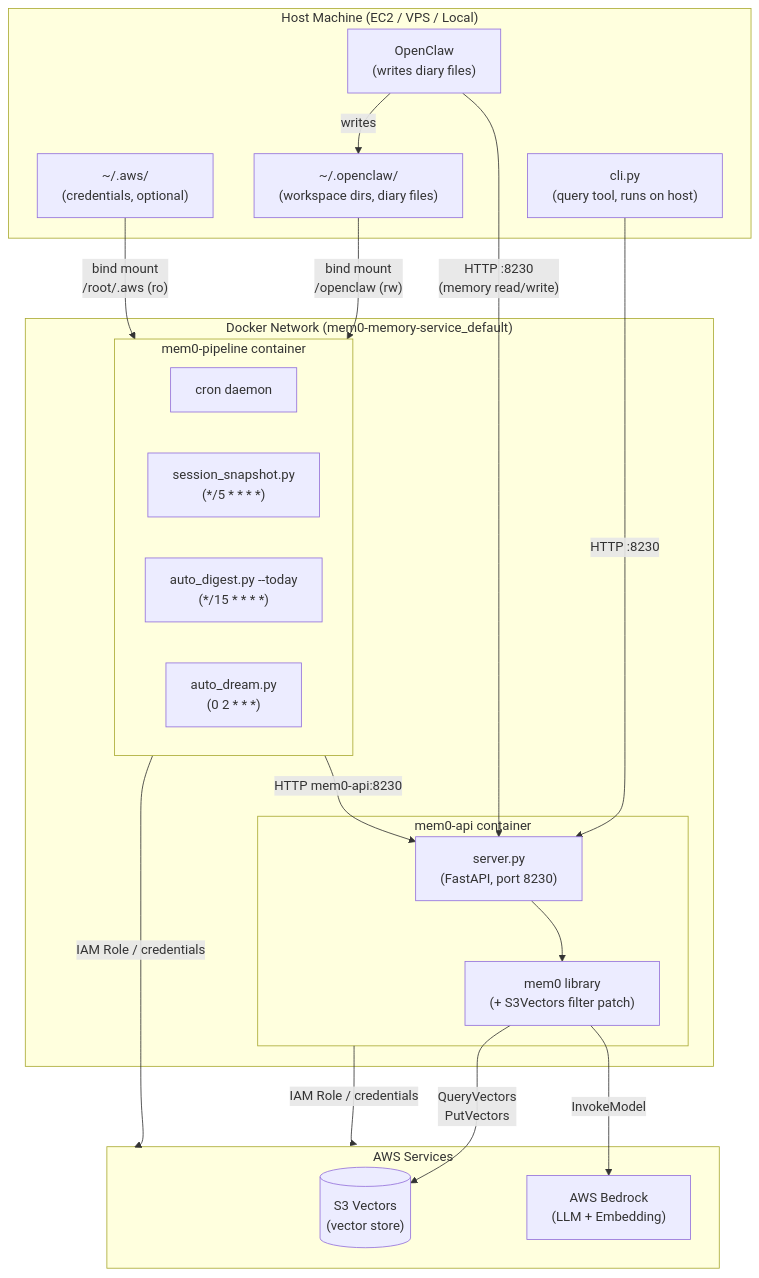
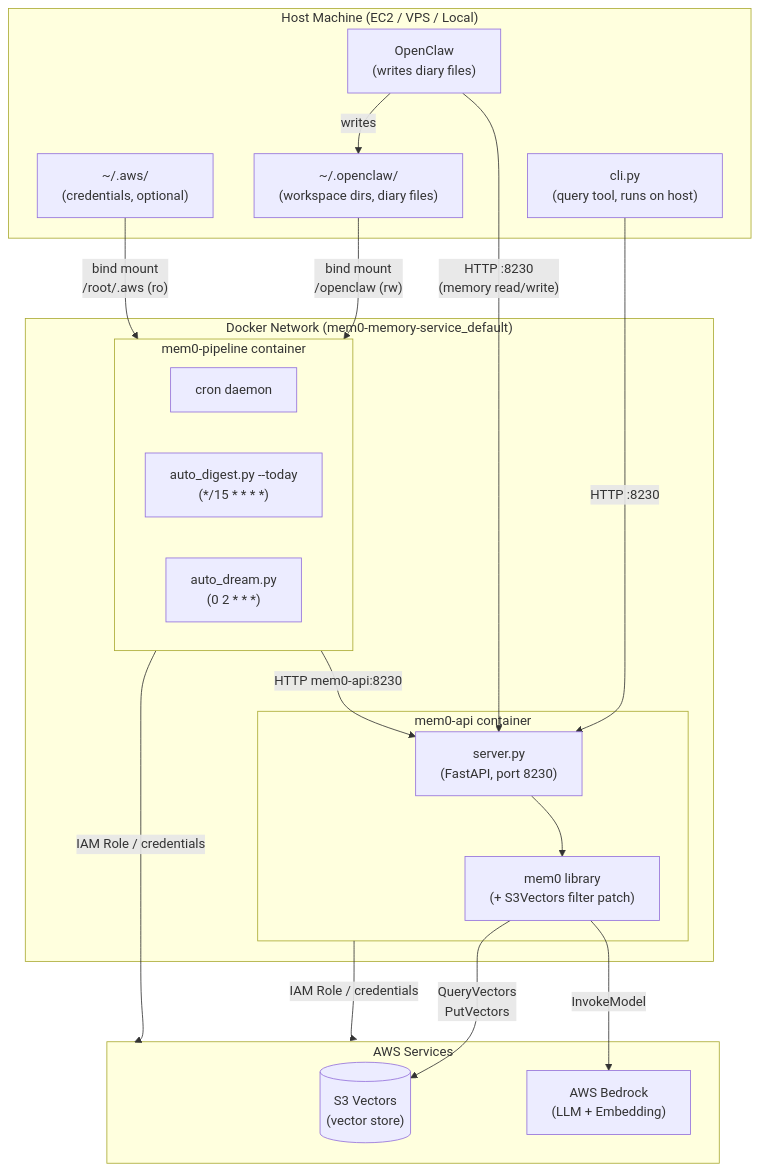
One commit to norrishuang/mem0-memory-service changed the first of 2 diagrams in docs/guide/architecture.md. Above: the diagram before and after it, drawn with Mermaid. The commit also changed other lines of this file and 6 other files, not shown here.

First line of the commit message:
docs: update architecture docs to reflect new real-time diary write pipeline

````diff
--- a/docs/guide/architecture.md
+++ b/docs/guide/architecture.md
@@ -7,41 +7,40 @@
 ```mermaid
 graph TB
     subgraph Host["Host Machine (EC2 / VPS / Local)"]
         OC["OpenClaw\n(writes diary files)"]
         OC_DIR["~/.openclaw/\n(workspace dirs, diary files)"]
         AWS_CFG["~/.aws/\n(credentials, optional)"]
         CLI["cli.py\n(query tool, runs on host)"]
     end
 
     subgraph DockerNetwork["Docker Network (mem0-memory-service_default)"]
         subgraph API["mem0-api container"]
             Server["server.py\n(FastAPI, port 8230)"]
             Mem0Lib["mem0 library\n(+ S3Vectors filter patch)"]
         end
         subgraph Pipeline["mem0-pipeline container"]
             Cron["cron daemon"]
-            Snap["session_snapshot.py\n(*/5 * * * *)"]
             Digest["auto_digest.py --today\n(*/15 * * * *)"]
             Dream["auto_dream.py\n(0 2 * * *)"]
         end
     end
 
     subgraph AWS["AWS Services"]
         S3V[("S3 Vectors\n(vector store)")]
         Bedrock["AWS Bedrock\n(LLM + Embedding)"]
     end
 
     OC -->|"writes"| OC_DIR
     OC_DIR -->|"bind mount\n/openclaw (rw)"| Pipeline
     AWS_CFG -->|"bind mount\n/root/.aws (ro)"| Pipeline
 
     CLI -->|"HTTP :8230"| Server
     OC -->|"HTTP :8230\n(memory read/write)"| Server
     Pipeline -->|"HTTP mem0-api:8230"| Server
     Server --> Mem0Lib
     Mem0Lib -->|"QueryVectors\nPutVectors"| S3V
     Mem0Lib -->|"InvokeModel"| Bedrock
 
     API -->|"IAM Role / credentials"| AWS
     Pipeline -->|"IAM Role / credentials"| AWS
 ```
````
